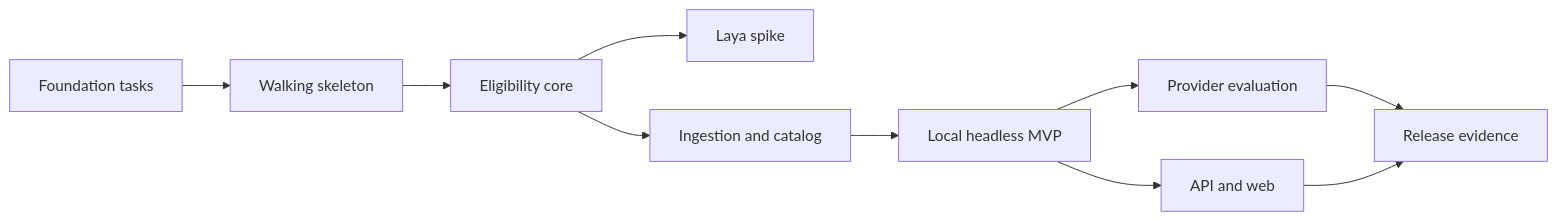
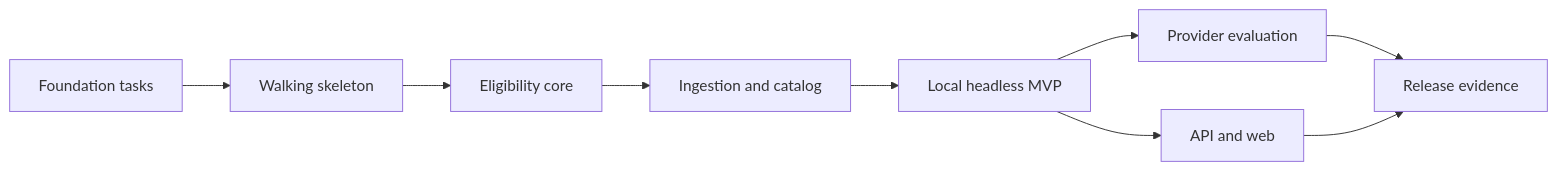
One commit to rkressm/borderless-jobs changed the diagram in docs/development-plan.md. Above: the diagram before and after it, drawn with Mermaid. The commit also changed other lines of this file and 6 other files, not shown here.

Commit message:
docs: replace Laya roadmap with local ChatGPT plan extraction

````diff
--- a/docs/development-plan.md
+++ b/docs/development-plan.md
@@ -53,12 +53,11 @@
 ```mermaid
 flowchart LR
     F[Foundation tasks] --> W[Walking skeleton]
     W --> D[Eligibility core]
-    D --> L[Laya spike]
     D --> I[Ingestion and catalog]
     I --> H[Local headless MVP]
     H --> A[Provider evaluation]
     H --> P[API and web]
     A --> R[Release evidence]
     P --> R
 ```
````
